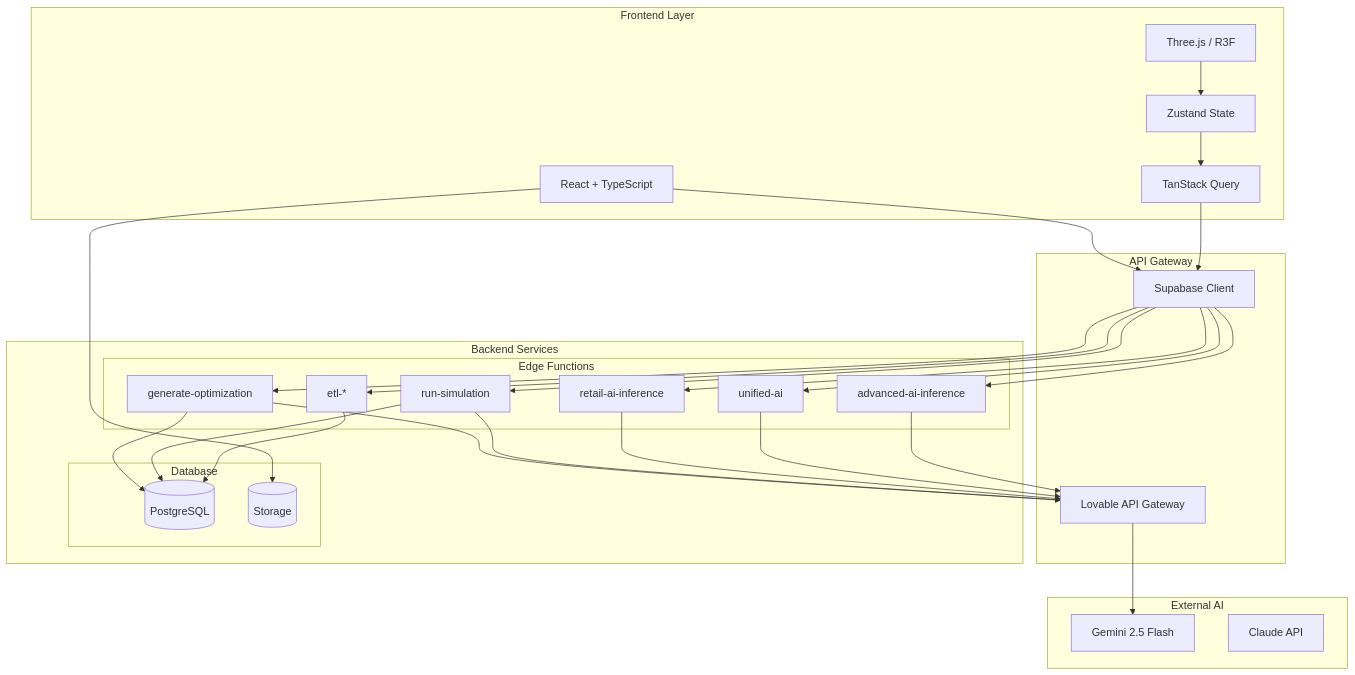
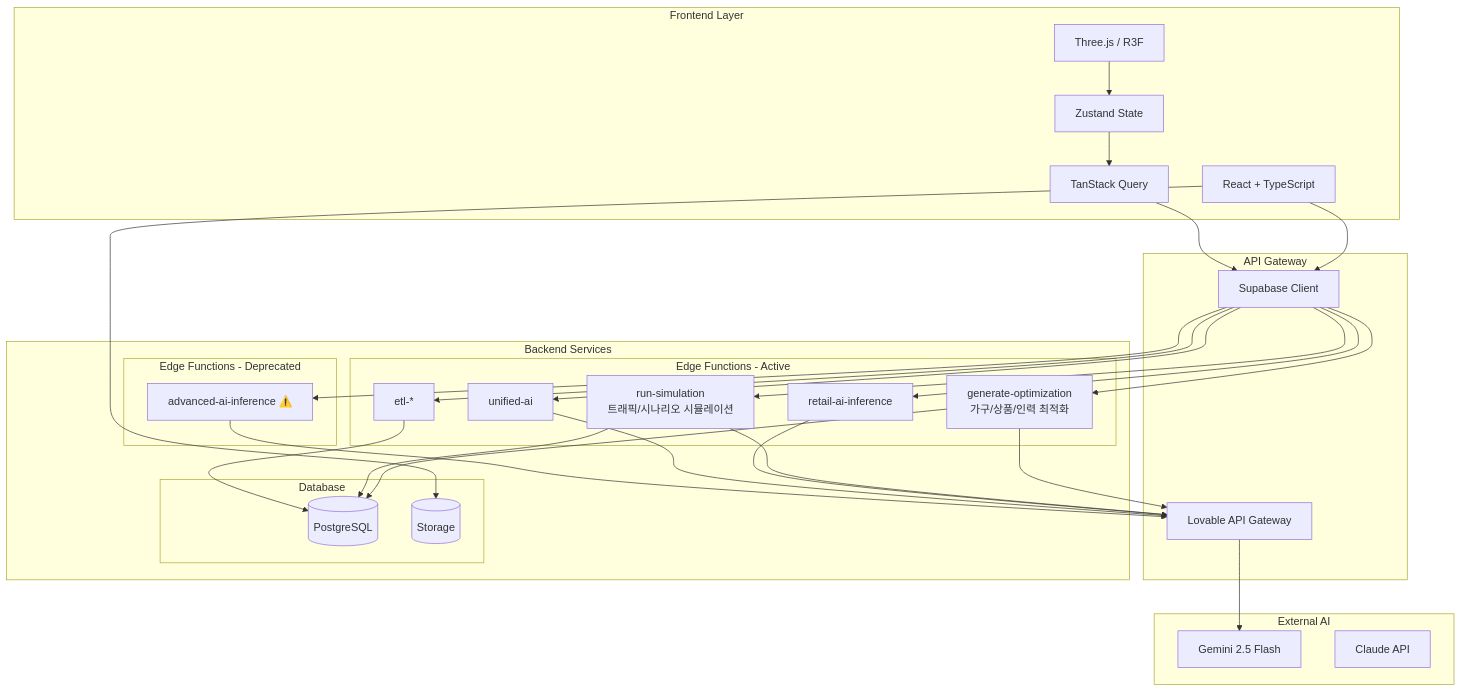
The first of 18 diagrams in docs/NEURALTWIN_SERVICE_FLOW.md (sungshincho/Customer_Dashboard), drawn with Mermaid before and after one commit. The commit also changed other lines of this file and 4 other files, not shown here.

````diff
--- a/docs/NEURALTWIN_SERVICE_FLOW.md
+++ b/docs/NEURALTWIN_SERVICE_FLOW.md
@@ -25,61 +27,64 @@
 ```mermaid
 graph TB
     subgraph "Frontend Layer"
         UI[React + TypeScript]
         THREE[Three.js / R3F]
         ZUSTAND[Zustand State]
         TANSTACK[TanStack Query]
     end
 
     subgraph "API Gateway"
         SUPABASE[Supabase Client]
         LOVABLE[Lovable API Gateway]
     end
 
     subgraph "Backend Services"
-        subgraph "Edge Functions"
-            EF_OPT[generate-optimization]
-            EF_SIM[run-simulation]
+        subgraph "Edge Functions - Active"
+            EF_OPT[generate-optimization<br/>가구/상품/인력 최적화]
+            EF_SIM[run-simulation<br/>트래픽/시나리오 시뮬레이션]
             EF_AI[retail-ai-inference]
             EF_UNI[unified-ai]
-            EF_ADV[advanced-ai-inference]
             EF_ETL[etl-*]
+        end
+
+        subgraph "Edge Functions - Deprecated"
+            EF_ADV[advanced-ai-inference ⚠️]
         end
 
         subgraph "Database"
             PG[(PostgreSQL)]
             STORAGE[(Storage)]
         end
     end
 
     subgraph "External AI"
         GEMINI[Gemini 2.5 Flash]
         CLAUDE[Claude API]
     end
 
     UI --> SUPABASE
     THREE --> ZUSTAND
     ZUSTAND --> TANSTACK
     TANSTACK --> SUPABASE
 
     SUPABASE --> EF_OPT
     SUPABASE --> EF_SIM
     SUPABASE --> EF_AI
     SUPABASE --> EF_UNI
     SUPABASE --> EF_ADV
     SUPABASE --> EF_ETL
 
     EF_OPT --> LOVABLE
     EF_SIM --> LOVABLE
     EF_AI --> LOVABLE
     EF_UNI --> LOVABLE
     EF_ADV --> LOVABLE
 
     LOVABLE --> GEMINI
 
     EF_OPT --> PG
     EF_SIM --> PG
     EF_ETL --> PG
 
     UI --> STORAGE
 ```
````
